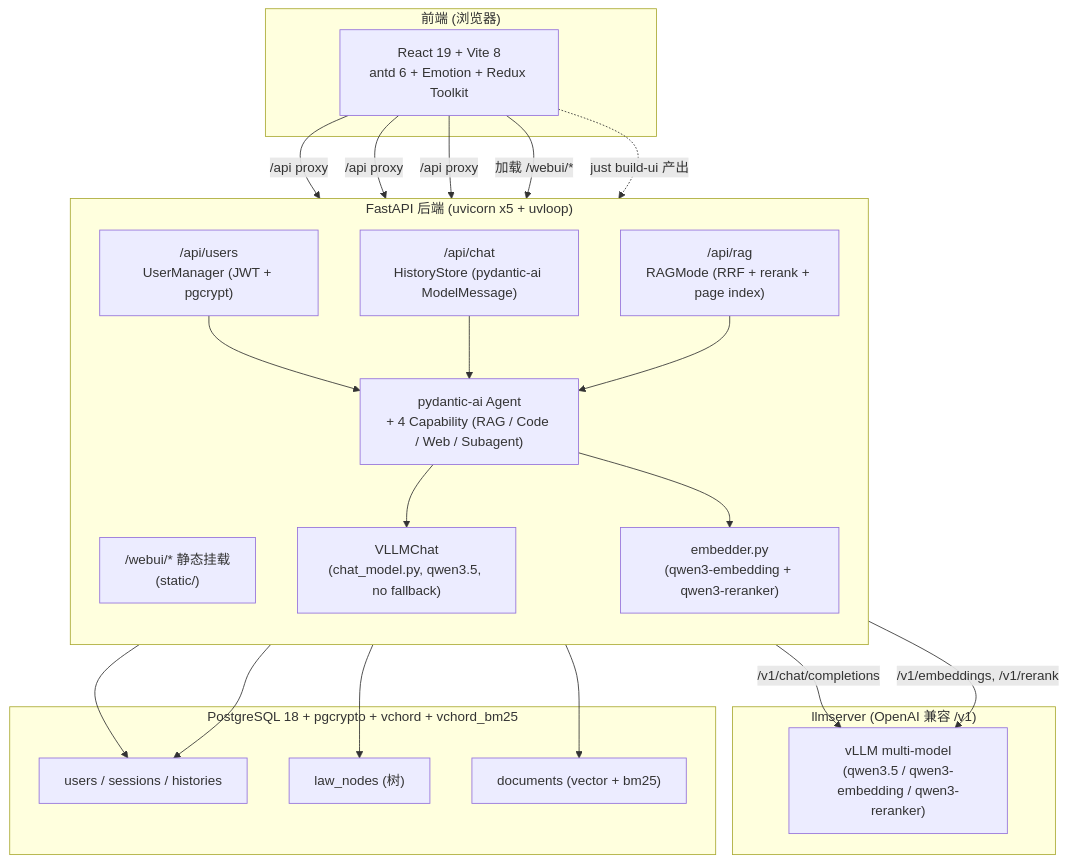
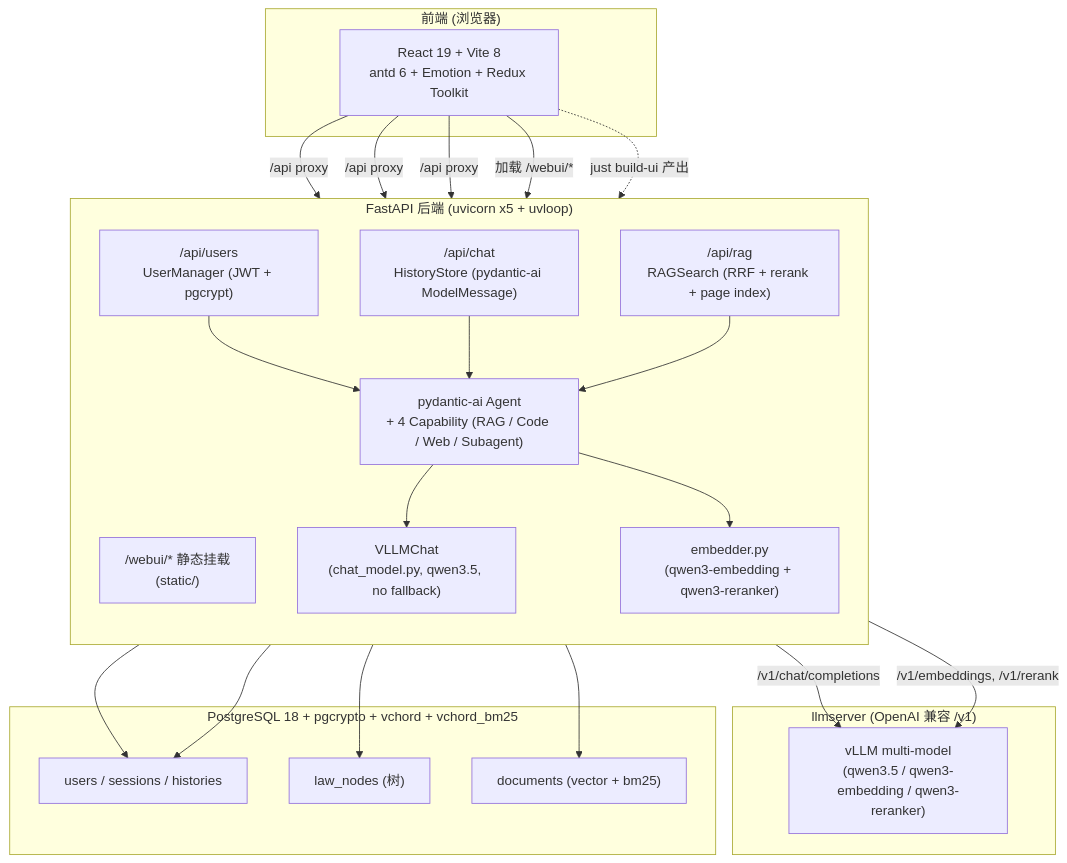
Before and after one commit to zhcn000000/lawrag: the diagram in README.md, drawn with Mermaid. The commit also changed other lines of this file and 7 other files, not shown here.

````diff
--- a/README.md
+++ b/README.md
@@ -215,48 +215,48 @@
 ```mermaid
 flowchart TB
     subgraph Frontend["前端 (浏览器)"]
         UI["React 19 + Vite 8<br/>antd 6 + Emotion + Redux Toolkit"]
     end
 
     subgraph Backend["FastAPI 后端 (uvicorn x5 + uvloop)"]
         direction TB
         Webui["/webui/* 静态挂载<br/>(static/)"]
         Users["/api/users<br/>UserManager (JWT + pgcrypt)"]
         Chat["/api/chat<br/>HistoryStore (pydantic-ai ModelMessage)"]
-        Rag["/api/rag<br/>RAGMode (RRF + rerank + page index)"]
+        Rag["/api/rag<br/>RAGSearch (RRF + rerank + page index)"]
         Agent["pydantic-ai Agent<br/>+ 4 Capability (RAG / Code / Web / Subagent)"]
         ChatClient["VLLMChat<br/>(chat_model.py, qwen3.5, no fallback)"]
         EmbedClient["embedder.py<br/>(qwen3-embedding + qwen3-reranker)"]
     end
 
     subgraph LLM["llmserver (OpenAI 兼容 /v1)"]
         Vllm["vLLM multi-model<br/>(qwen3.5 / qwen3-embedding / qwen3-reranker)"]
     end
 
     subgraph DB["PostgreSQL 18 + pgcrypto + vchord + vchord_bm25"]
         US["users / sessions / histories"]
         LN["law_nodes (树)"]
         DC["documents (vector + bm25)"]
     end
 
     UI -->|"/api proxy"| Users
     UI -->|"/api proxy"| Chat
     UI -->|"/api proxy"| Rag
     UI -->|"加载 /webui/*"| Webui
     UI -.->|"just build-ui 产出"| Webui
 
     Users --> Agent
     Chat --> Agent
     Rag --> Agent
 
     Agent --> ChatClient
     Agent --> EmbedClient
 
     ChatClient -->|"/v1/chat/completions"| Vllm
     EmbedClient -->|"/v1/embeddings, /v1/rerank"| Vllm
 
     Users --> US
     Chat --> US
     Rag --> LN
     Rag --> DC
 ```
````
